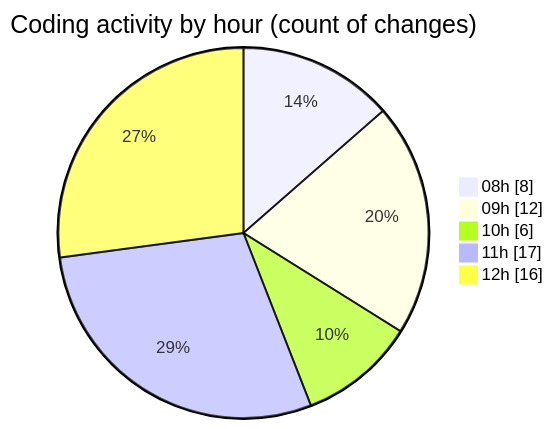
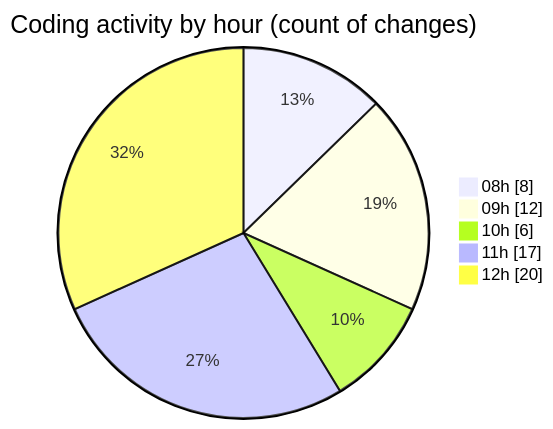
One commit to momahboobian/code-tracking changed the second of 2 diagrams in 2025-09-15/cda/README.md. Above: the diagram before and after it, drawn with Mermaid. The commit also changed other lines of this file and 1 other file, not shown here.

````diff
--- a/2025-09-15/cda/README.md
+++ b/2025-09-15/cda/README.md
@@ -31,9 +32,9 @@
 ```mermaid
 pie showData
 title Coding activity by hour (count of changes)
 "08h" : 8
 "09h" : 12
 "10h" : 6
 "11h" : 17
-"12h" : 16
+"12h" : 20
 ```
````
